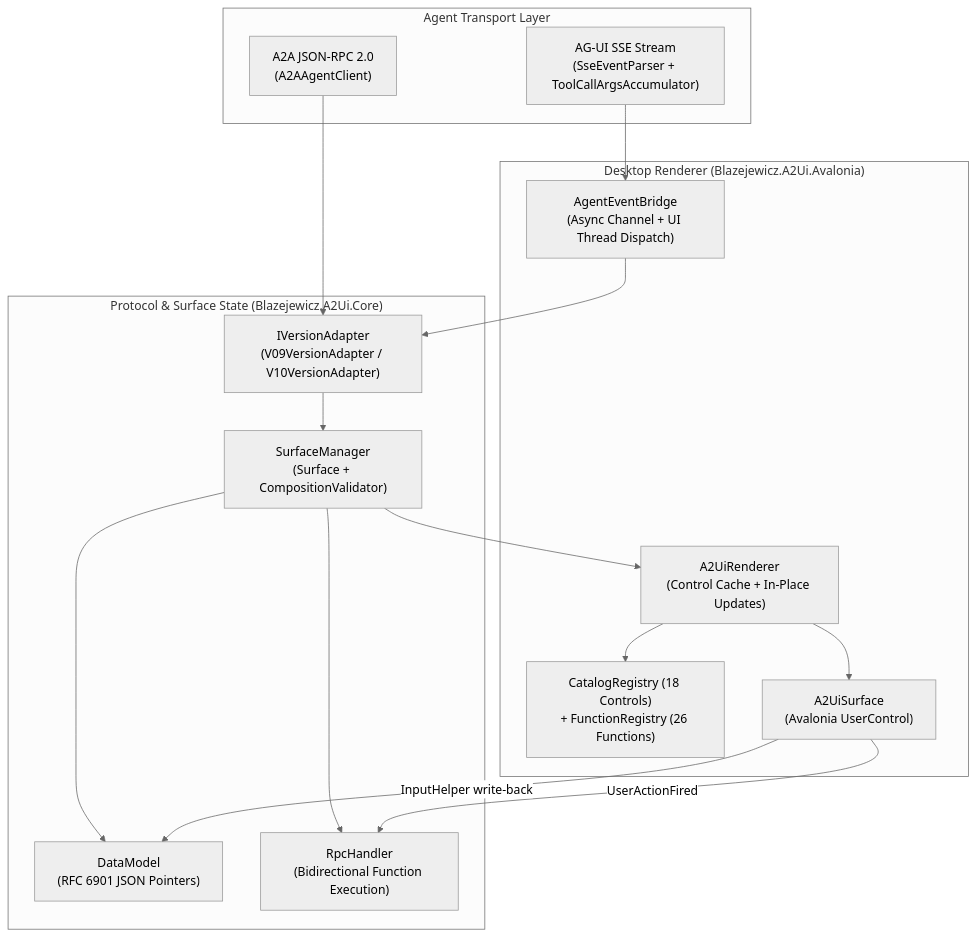
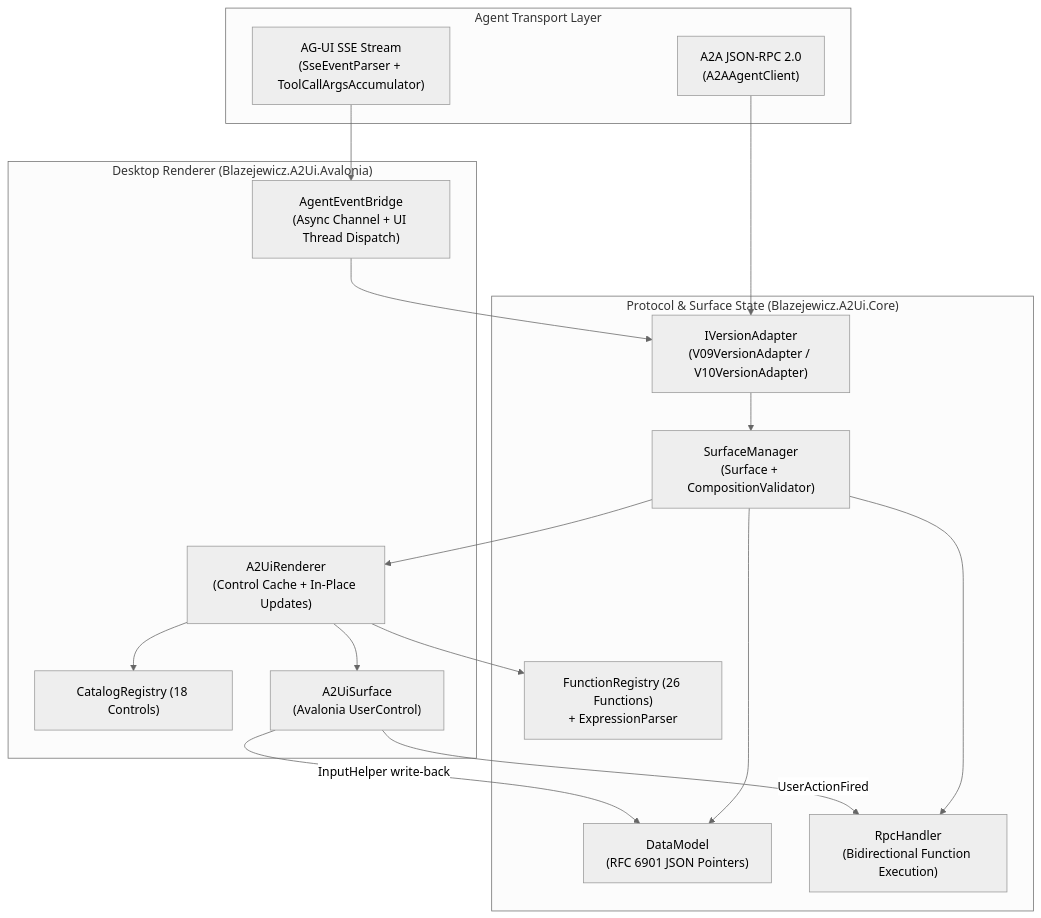
One commit to peterblazejewicz/blazejewicz.a2ui changed the diagram in README.md. Above: the diagram before and after it, drawn with Mermaid (neutral theme). The commit also changed other lines of this file and 116 other files, not shown here.

````diff
--- a/README.md
+++ b/README.md
@@ -19,33 +19,35 @@
 ```mermaid
 flowchart TD
     subgraph Transport["Agent Transport Layer"]
         SSE["AG-UI SSE Stream<br/>(SseEventParser + ToolCallArgsAccumulator)"]
         A2A["A2A JSON-RPC 2.0<br/>(A2AAgentClient)"]
     end
 
     subgraph Core["Protocol & Surface State (Blazejewicz.A2Ui.Core)"]
         Adapter["IVersionAdapter<br/>(V09VersionAdapter / V10VersionAdapter)"]
         SM["SurfaceManager<br/>(Surface + CompositionValidator)"]
         DM["DataModel<br/>(RFC 6901 JSON Pointers)"]
+        Functions["FunctionRegistry (26 Functions)<br/>+ ExpressionParser"]
         RPC["RpcHandler<br/>(Bidirectional Function Execution)"]
     end
 
     subgraph Avalonia["Desktop Renderer (Blazejewicz.A2Ui.Avalonia)"]
         Bridge["AgentEventBridge<br/>(Async Channel + UI Thread Dispatch)"]
         Renderer["A2UiRenderer<br/>(Control Cache + In-Place Updates)"]
-        Registries["CatalogRegistry (18 Controls)<br/>+ FunctionRegistry (26 Functions)"]
+        Registry["CatalogRegistry (18 Controls)"]
         Surface["A2UiSurface<br/>(Avalonia UserControl)"]
     end
 
     SSE --> Bridge
     Bridge --> Adapter
     A2A --> Adapter
     Adapter --> SM
     SM --> DM
     SM --> RPC
     SM --> Renderer
-    Renderer --> Registries
+    Renderer --> Registry
+    Renderer --> Functions
     Renderer --> Surface
     Surface -- "InputHelper write-back" --> DM
     Surface -- "UserActionFired" --> RPC
 ```
````
